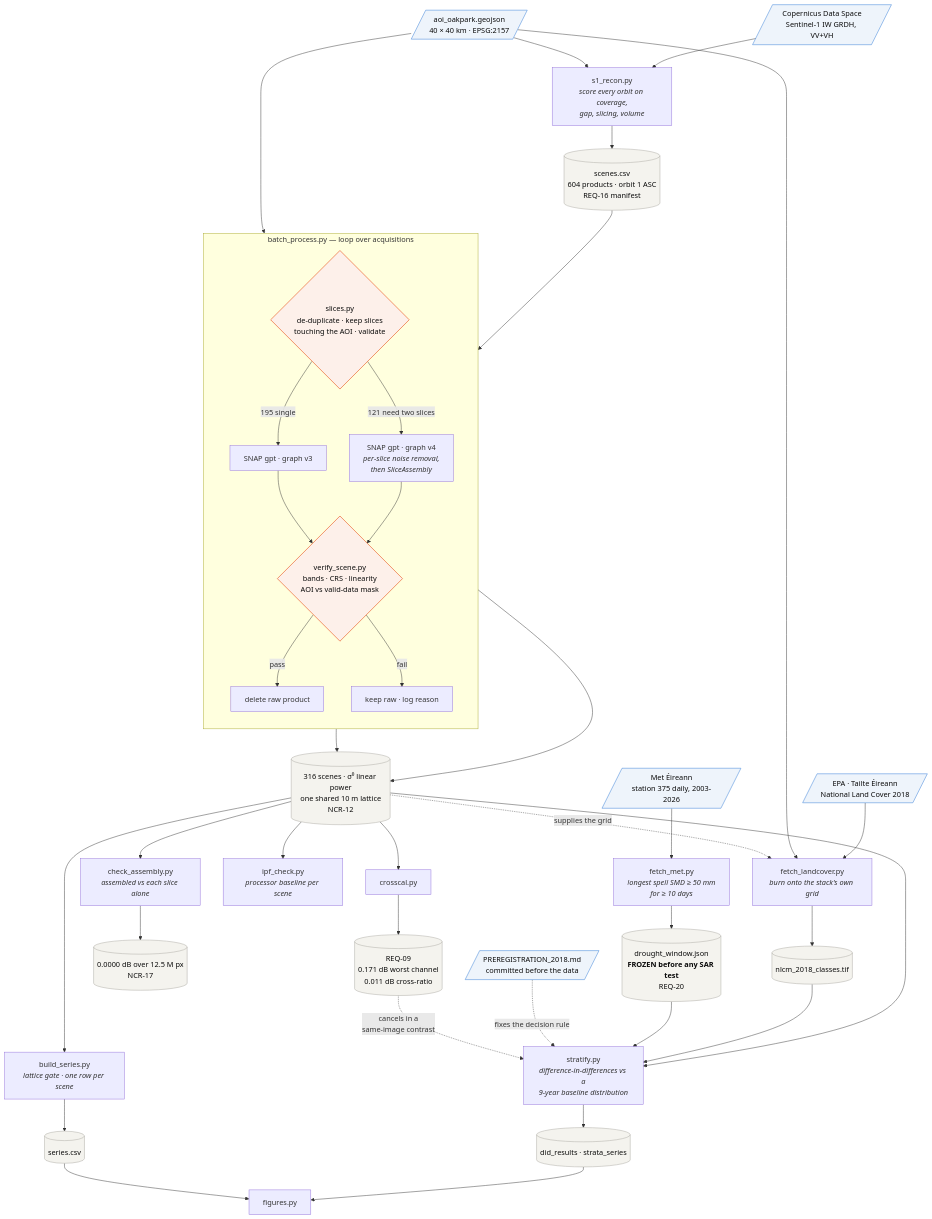
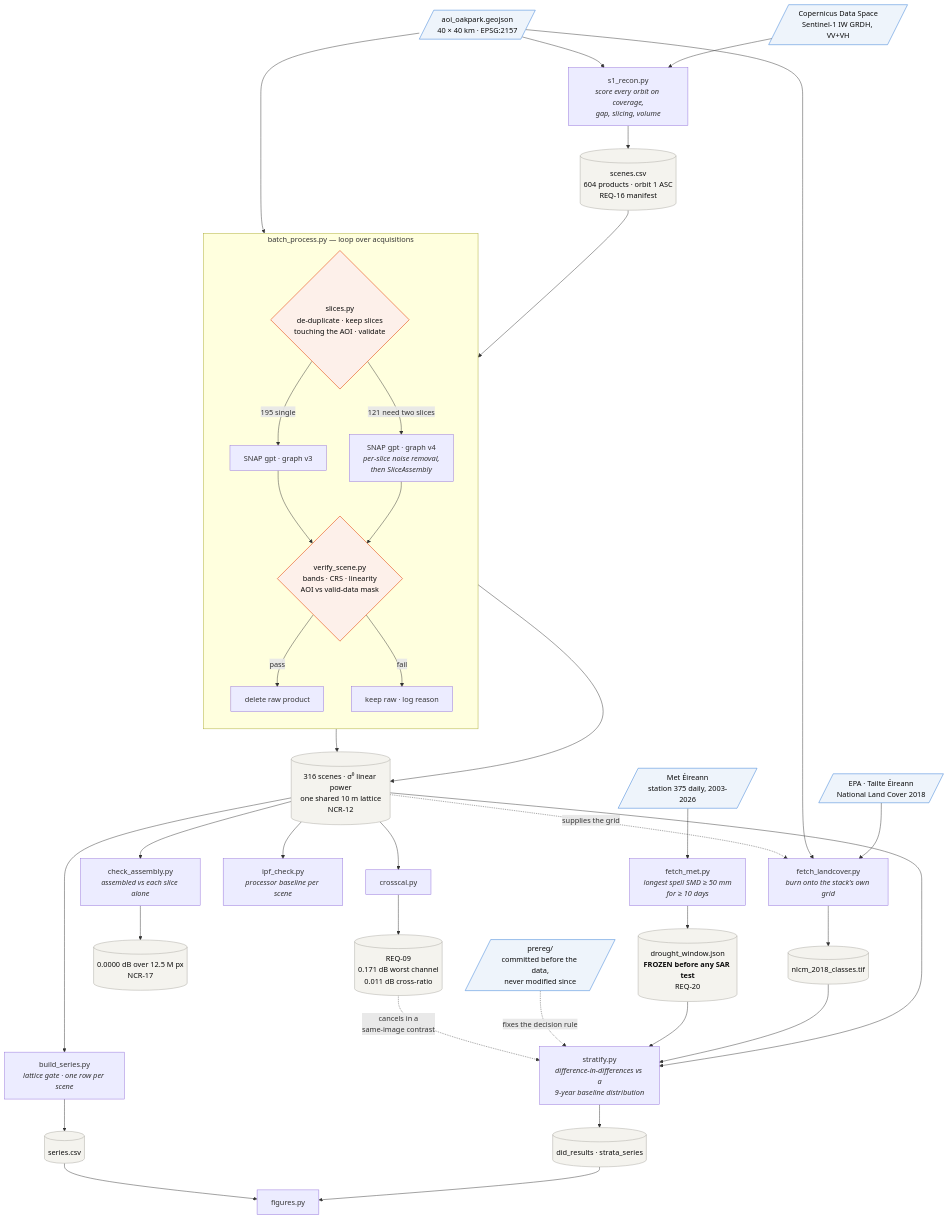
The diagram in README.md (BrianOMath/SAR_Project), drawn with Mermaid before and after one commit. The commit also changed 1 other file, not shown here.

Commit message:
Remove the stale plan .docx; repoint the DAG label
docs/SAR_Drought_2026_Project_Plan.docx was rev. 2 of 8 September, carrying
four nonconformances. The markdown plan is rev. 6 with nineteen. Two copies
of a controlled document, one four revisions behind, is the failure this
week's revision existed to correct - keeping the stale one in a folder named
docs/ is worse than not having it, because that is where a reader looks
first. Git history holds it.

The Mermaid DAG in README.md was already current - slices.py, graph v4,
check_assembly.py, ipf_check.py, 316 scenes, nine-year baseline. Only its
pre-registration node named a path that moved yesterday.

Claude-Session: https://claude.ai/code/session_01CSdEUv6cyW6yXxN8w3sVCo

````diff
--- a/README.md
+++ b/README.md
@@ -127,61 +127,61 @@
 ```mermaid
 flowchart TD
     CDSE[/"Copernicus Data Space<br>Sentinel-1 IW GRDH, VV+VH"/]
     NLCM[/"EPA · Tailte Éireann<br>National Land Cover 2018"/]
     MET[/"Met Éireann<br>station 375 daily, 2003-2026"/]
     AOI[/"aoi_oakpark.geojson<br>40 × 40 km · EPSG:2157"/]
 
     CDSE --> RECON["s1_recon.py<br><i>score every orbit on coverage,<br>gap, slicing, volume</i>"]
     AOI --> RECON
     RECON --> SCENES[("scenes.csv<br>604 products · orbit 1 ASC<br>REQ-16 manifest")]
 
     SCENES --> PLAN{"slices.py<br>de-duplicate · keep slices<br>touching the AOI · validate"}
     AOI --> PLAN
 
     subgraph batch ["batch_process.py — loop over acquisitions"]
         direction TB
         PLAN -->|"195 single"| G3["SNAP gpt · graph v3"]
         PLAN -->|"121 need two slices"| G4["SNAP gpt · graph v4<br><i>per-slice noise removal,<br>then SliceAssembly</i>"]
         G3 --> VER{"verify_scene.py<br>bands · CRS · linearity<br>AOI vs valid-data mask"}
         G4 --> VER
         VER -->|pass| DEL["delete raw product"]
         VER -->|fail| KEEP["keep raw · log reason"]
     end
 
     G3 --> STACK[("316 scenes · σ⁰ linear power<br>one shared 10 m lattice<br>NCR-12")]
     G4 --> STACK
 
     STACK --> XCAL["crosscal.py"]
     XCAL --> REQ09[("REQ-09<br>0.171 dB worst channel<br>0.011 dB cross-ratio")]
     STACK --> ASM["check_assembly.py<br><i>assembled vs each slice alone</i>"]
     ASM --> ASMOK[("0.0000 dB over 12.5 M px<br>NCR-17")]
     STACK --> IPF["ipf_check.py<br><i>processor baseline per scene</i>"]
 
     NLCM --> LC["fetch_landcover.py<br><i>burn onto the stack's own grid</i>"]
     AOI --> LC
     STACK -.->|"supplies the grid"| LC
     LC --> CLASSES[("nlcm_2018_classes.tif")]
 
     STACK --> SERIES["build_series.py<br><i>lattice gate · one row per scene</i>"]
     SERIES --> CSV[("series.csv")]
 
     MET --> FM["fetch_met.py<br><i>longest spell SMD ≥ 50 mm<br>for ≥ 10 days</i>"]
     FM --> WIN[("drought_window.json<br><b>FROZEN before any SAR test</b><br>REQ-20")]
 
     STACK --> STRAT["stratify.py<br><i>difference-in-differences vs a<br>9-year baseline distribution</i>"]
     CLASSES --> STRAT
     WIN --> STRAT
-    PREREG[/"PREREGISTRATION_2018.md<br>committed before the data"/] -.->|"fixes the decision rule"| STRAT
+    PREREG[/"prereg/<br>committed before the data,<br>never modified since"/] -.->|"fixes the decision rule"| STRAT
     REQ09 -.->|"cancels in a<br>same-image contrast"| STRAT
 
     STRAT --> RESULTS[("did_results · strata_series")]
     RESULTS --> FIGS["figures.py"]
     CSV --> FIGS
 
     classDef source fill:#eef4fb,stroke:#2a78d6,stroke-width:1px,color:#0b0b0b
     classDef store fill:#f4f3ee,stroke:#a9a7a0,stroke-width:1px,color:#0b0b0b
     classDef gate fill:#fdf0ea,stroke:#eb6834,stroke-width:1.5px,color:#0b0b0b
     class CDSE,NLCM,MET,AOI,PREREG source
     class SCENES,STACK,REQ09,ASMOK,CLASSES,CSV,WIN,RESULTS store
     class VER,PLAN gate
 ```
````
